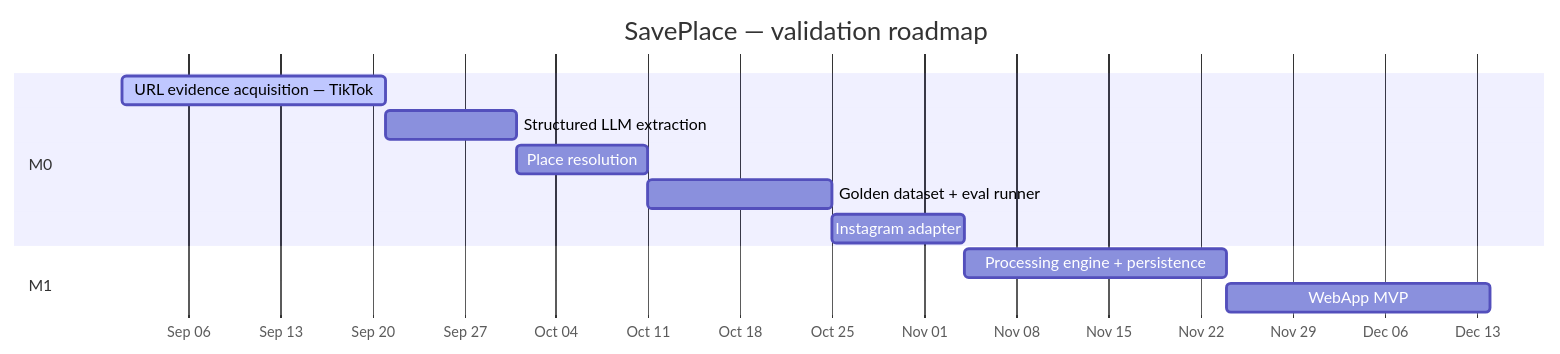
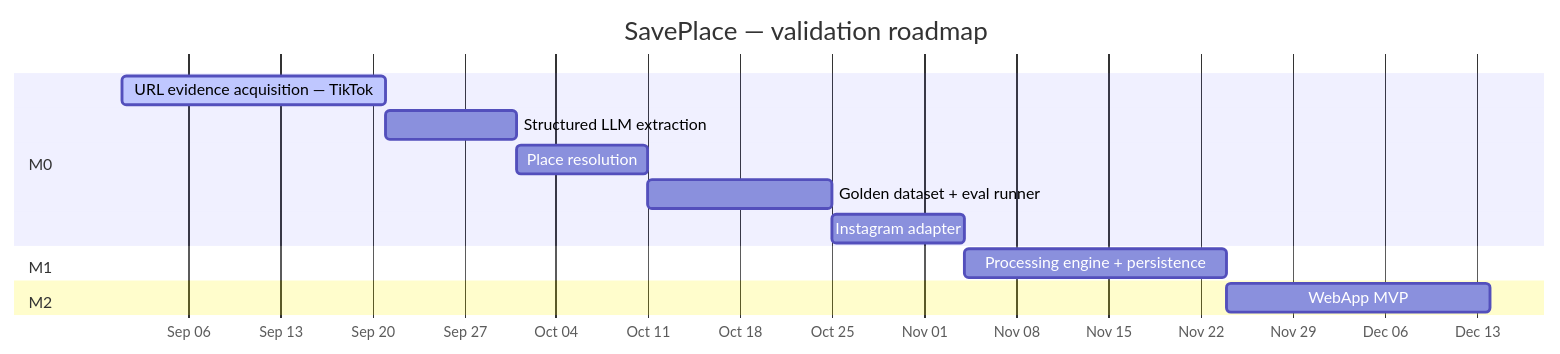
The eighth of 8 diagrams in README.md (Viniciuscarvalho/SavePlace), drawn with Mermaid before and after one commit. The commit also changed other lines of this file and 23 other files, not shown here.

````diff
--- a/README.md
+++ b/README.md
@@ -335,15 +335,16 @@
 ```mermaid
 gantt
     title SavePlace — validation roadmap
     dateFormat  YYYY-MM-DD
     axisFormat  %b %d
     section M0
     URL evidence acquisition — TikTok :active, m02, 2026-09-01, 20d
     Structured LLM extraction         :m03, after m02, 10d
     Place resolution                  :m04, after m03, 10d
     Golden dataset + eval runner      :m05, after m04, 14d
     Instagram adapter                 :ig, after m05, 10d
     section M1
     Processing engine + persistence   :m1a, after ig, 20d
-    WebApp MVP                        :m1b, after m1a, 20d
+    section M2
+    WebApp MVP                        :m2, after m1a, 20d
 ```
````
